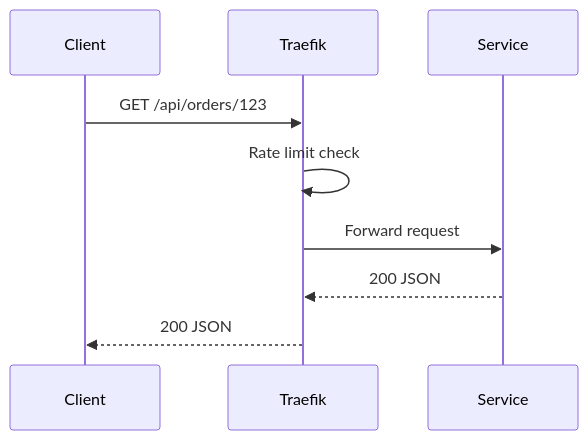
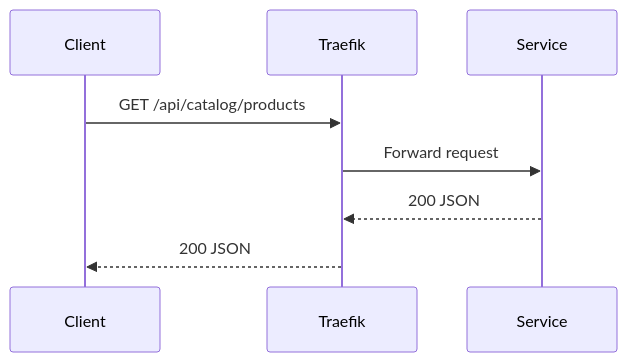
One commit to ianckc/streamshop-distributed-system changed the diagram in docs/docs/architecture/api-gateway.mdx. Above: the diagram before and after it, drawn with Mermaid. The commit also changed other lines of this file and 16 other files, not shown here.

````diff
--- a/docs/docs/architecture/api-gateway.mdx
+++ b/docs/docs/architecture/api-gateway.mdx
@@ -52,12 +52,11 @@
 ```mermaid
 sequenceDiagram
   participant Client
   participant Traefik
   participant Service
 
-  Client->>Traefik: GET /api/orders/123
-  Traefik->>Traefik: Rate limit check
+  Client->>Traefik: GET /api/catalog/products
   Traefik->>Service: Forward request
   Service-->>Traefik: 200 JSON
   Traefik-->>Client: 200 JSON
 ```
````
